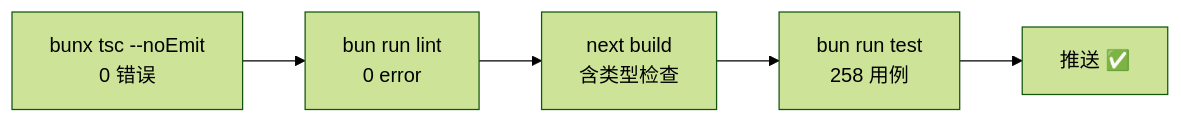
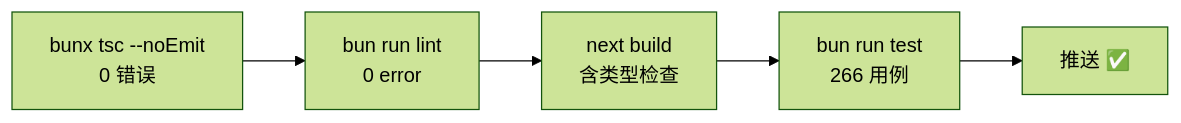
The diagram in docs/developer/07-testing-quality.md (YYC-Cube/YYC3-Baby-MoYu), drawn with Mermaid (forest theme) before and after one commit. The commit also changed other lines of this file and 31 other files, not shown here.

````diff
--- a/docs/developer/07-testing-quality.md
+++ b/docs/developer/07-testing-quality.md
@@ -5,4 +5,4 @@
 ```mermaid
 flowchart LR
-    T["bunx tsc --noEmit<br/>0 错误"] --> L["bun run lint<br/>0 error"] --> B["next build<br/>含类型检查"] --> U["bun run test<br/>258 用例"] --> P["推送 ✅"]
+    T["bunx tsc --noEmit<br/>0 错误"] --> L["bun run lint<br/>0 error"] --> B["next build<br/>含类型检查"] --> U["bun run test<br/>266 用例"] --> P["推送 ✅"]
 ```
````
